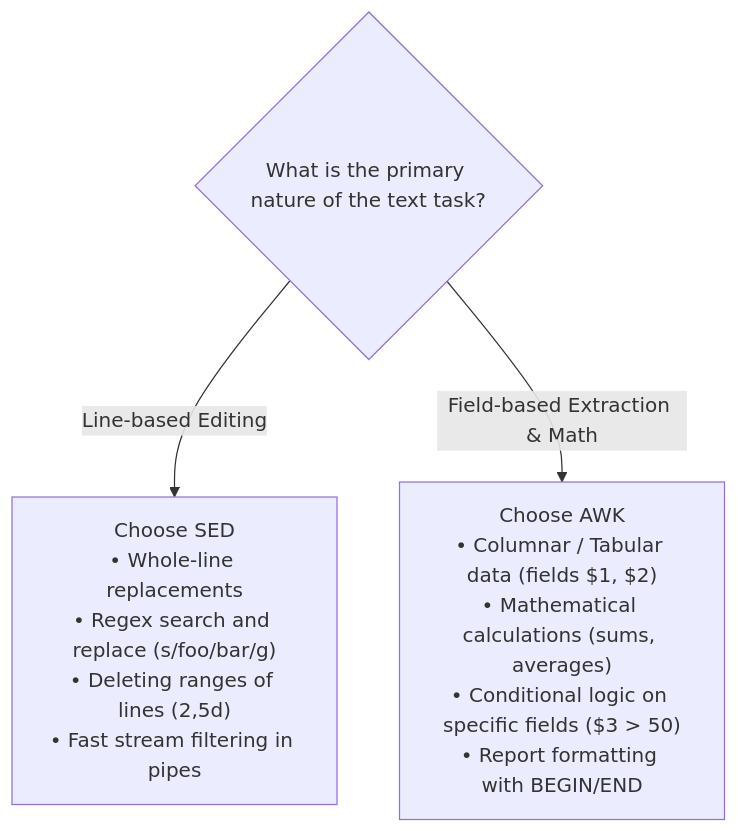
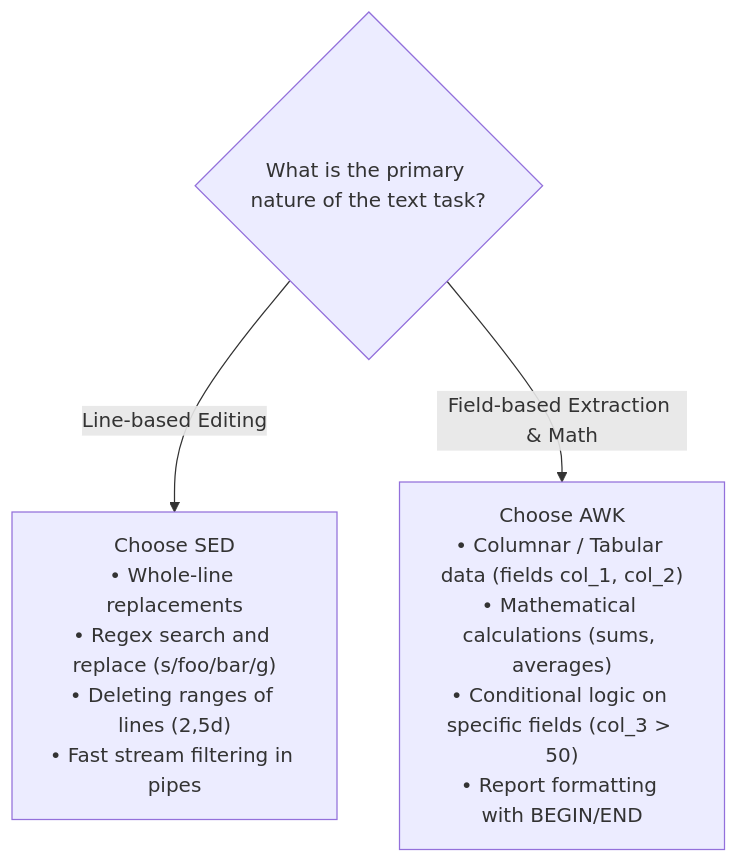
Before and after one commit to YatishGowda09/Sem-3-CSE-Notes: the third of 3 diagrams in OS/Unit 4/L13 - AWK and SED.md, drawn with Mermaid. The commit also changed other lines of this file and 70 other files, not shown here.

First line of the commit message:
Fix Mermaid diagram syntax for GitHub rendering compatibility

````diff
--- a/OS/Unit 4/L13 - AWK and SED.md
+++ b/OS/Unit 4/L13 - AWK and SED.md
@@ -277,9 +277,9 @@
 ```mermaid
 flowchart TD
     QUESTION{"What is the primary nature of the text task?"}
     SED_CHOICE["Choose SED<br/>• Whole-line replacements<br/>• Regex search and replace (s/foo/bar/g)<br/>• Deleting ranges of lines (2,5d)<br/>• Fast stream filtering in pipes"]
-    AWK_CHOICE["Choose AWK<br/>• Columnar / Tabular data (fields $1, $2)<br/>• Mathematical calculations (sums, averages)<br/>• Conditional logic on specific fields ($3 > 50)<br/>• Report formatting with BEGIN/END"]
+    AWK_CHOICE["Choose AWK<br/>• Columnar / Tabular data (fields col_1, col_2)<br/>• Mathematical calculations (sums, averages)<br/>• Conditional logic on specific fields (col_3 &gt; 50)<br/>• Report formatting with BEGIN/END"]
 
     QUESTION -->|"Line-based Editing"| SED_CHOICE
     QUESTION -->|"Field-based Extraction & Math"| AWK_CHOICE
 ```
````
